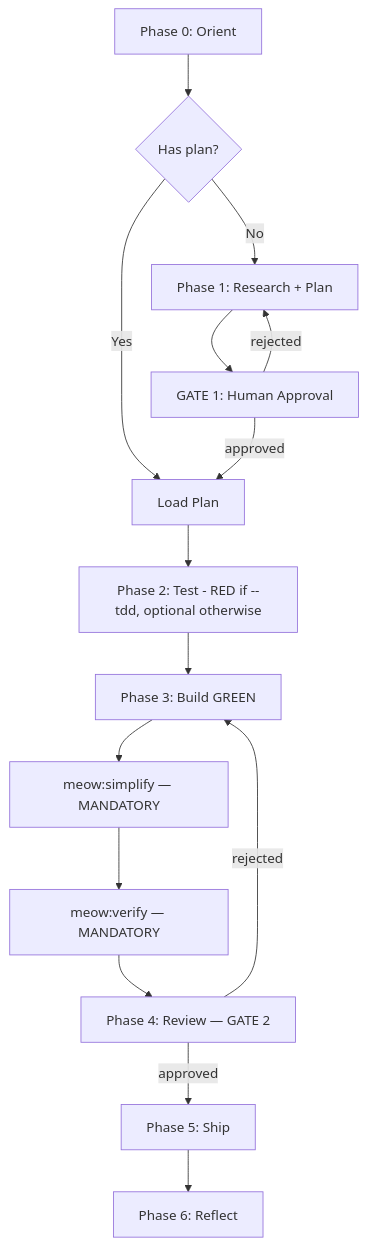
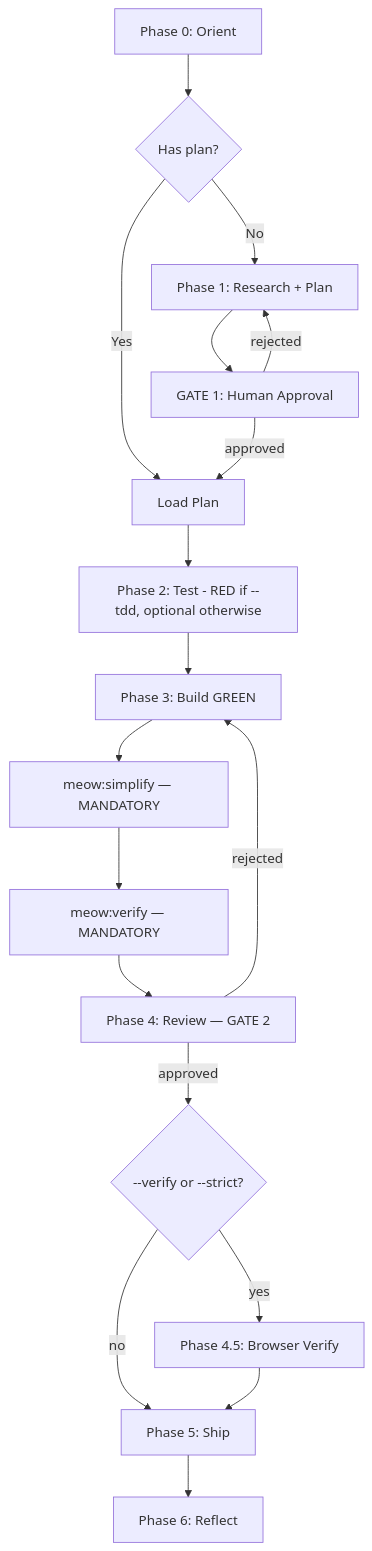
Before and after one commit to ngocsangyem/MeowKit: the diagram in .claude/skills/meow:cook/SKILL.md, drawn with Mermaid. The commit also changed other lines of this file and 13 other files, not shown here.

Commit message:
feat: implement strict verification pipeline with --verify/--strict flags, skeptic-anchor review persona, and automated handler validation tests.

````diff
--- a/.claude/skills/meow:cook/SKILL.md
+++ b/.claude/skills/meow:cook/SKILL.md
@@ -70,17 +75,20 @@
 ```mermaid
 flowchart TD
     A[Phase 0: Orient] --> B{Has plan?}
     B -->|Yes| D[Load Plan]
     B -->|No| C[Phase 1: Research + Plan]
     C --> G1[GATE 1: Human Approval]
     G1 -->|approved| D
     G1 -->|rejected| C
     D --> E[Phase 2: Test - RED if --tdd, optional otherwise]
     E --> F[Phase 3: Build GREEN]
     F --> S[meow:simplify — MANDATORY]
     S --> V[meow:verify — MANDATORY]
     V --> G2[Phase 4: Review — GATE 2]
-    G2 -->|approved| H[Phase 5: Ship]
+    G2 -->|approved| BV{--verify or --strict?}
+    BV -->|yes| P45[Phase 4.5: Browser Verify]
+    BV -->|no| H[Phase 5: Ship]
+    P45 --> H
     G2 -->|rejected| F
     H --> I[Phase 6: Reflect]
 ```
````
